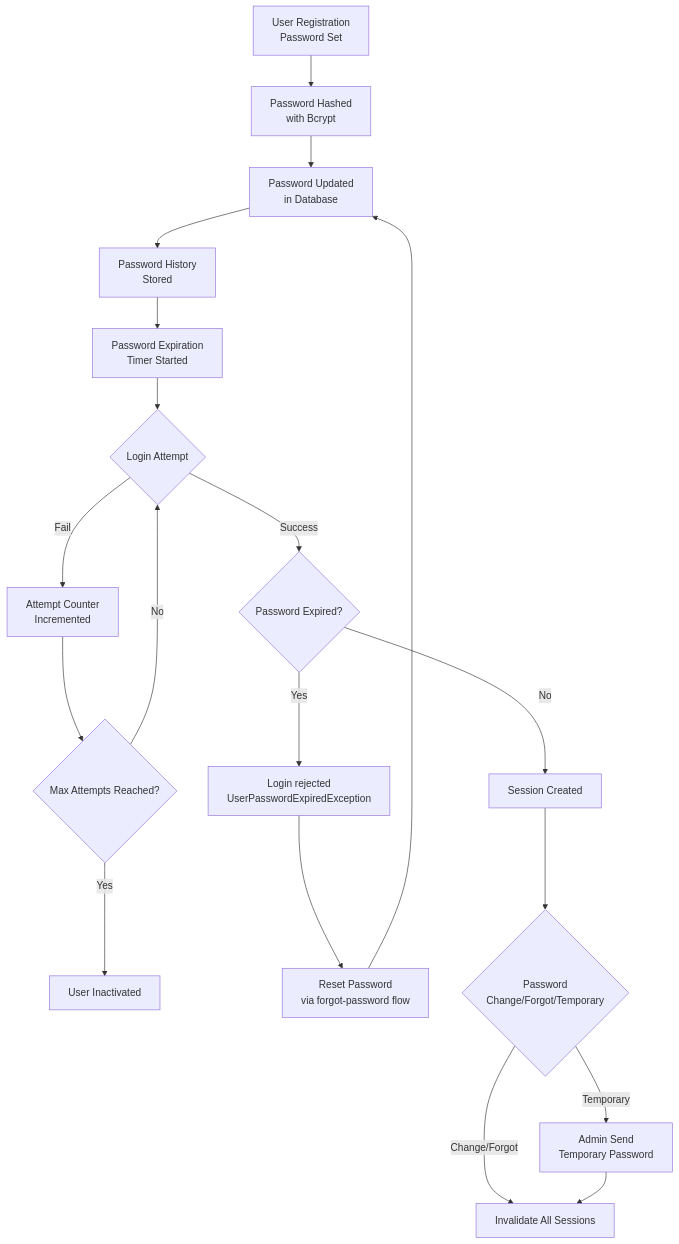
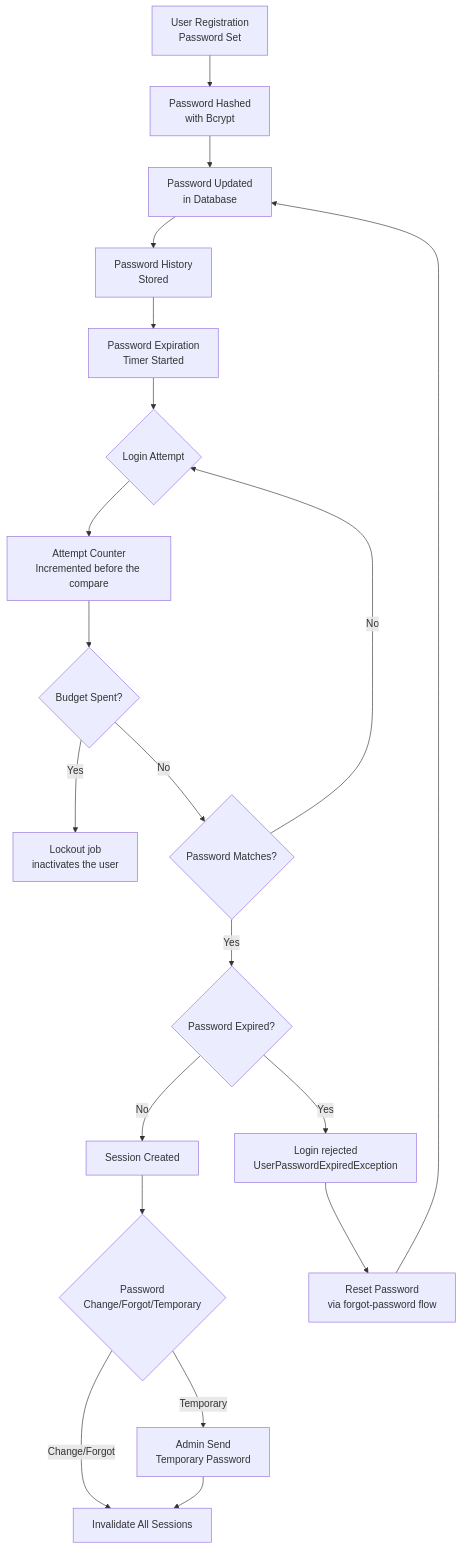
One commit to andrechristikan/ack-nestjs-boilerplate changed the first of 10 diagrams in docs/authentication.md. Above: the diagram before and after it, drawn with Mermaid. The commit also changed other lines of this file and 95 other files, not shown here.

````diff
--- a/docs/authentication.md
+++ b/docs/authentication.md
@@ -143,21 +146,22 @@
 ```mermaid
 graph TD
     A[User Registration<br/>Password Set] --> B[Password Hashed<br/>with Bcrypt]
     B --> C[Password Updated<br/>in Database]
     C --> D[Password History<br/>Stored]
     D --> E[Password Expiration<br/>Timer Started]
     E --> F{Login Attempt}
-    F -->|Success| K{Password Expired?}
-    F -->|Fail| H[Attempt Counter<br/>Incremented]
-    H --> I{Max Attempts Reached?}
-    I -->|No| F
-    I -->|Yes| J[User Inactivated]
+    F --> H[Attempt Counter<br/>Incremented before the compare]
+    H --> I{Budget Spent?}
+    I -->|Yes| J[Lockout job<br/>inactivates the user]
+    I -->|No| Q{Password Matches?}
+    Q -->|No| F
+    Q -->|Yes| K{Password Expired?}
     K -->|No| G[Session Created]
     K -->|Yes| L[Login rejected<br/>UserPasswordExpiredException]
     L --> M[Reset Password<br/>via forgot-password flow]
     M --> C
     G --> N{Password <br/>Change/Forgot/Temporary}
     N -->|Change/Forgot| O[Invalidate All Sessions]
     N -->|Temporary| P[Admin Send<br/>Temporary Password]
     P --> O
 ```
````
